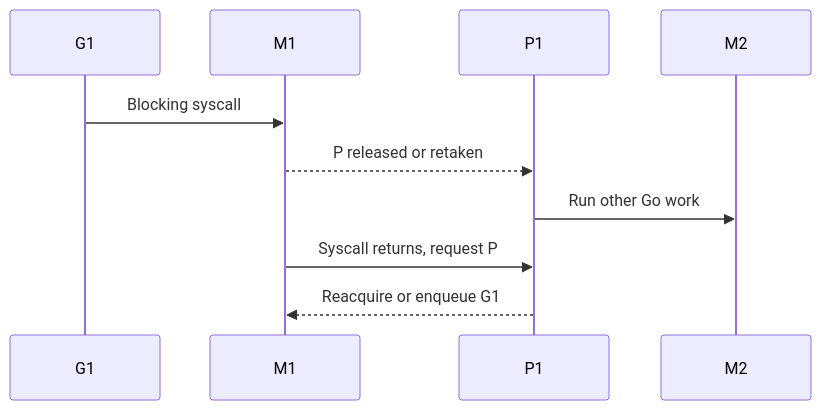
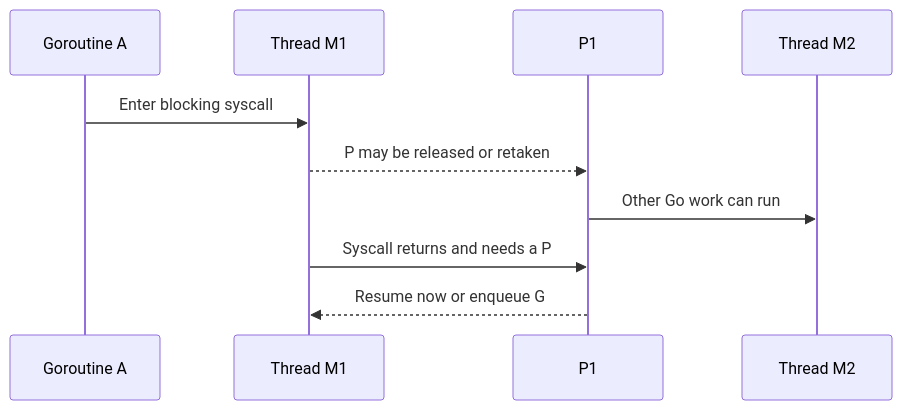
Before and after one commit to HuyNguyen-FinX/Try_Hard: the second of 2 diagrams in golang/03-goroutines-scheduler/scheduler-gmp.md, drawn with Mermaid. The commit also changed other lines of this file and 241 other files, not shown here.

````diff
--- a/golang/03-goroutines-scheduler/scheduler-gmp.md
+++ b/golang/03-goroutines-scheduler/scheduler-gmp.md
@@ -41,12 +52,12 @@
 ```mermaid
 sequenceDiagram
-    participant G as G1
-    participant M as M1
+    participant G as Goroutine A
+    participant M as Thread M1
     participant P as P1
-    participant W as M2
-    G->>M: Blocking syscall
-    M-->>P: P released or retaken
-    P->>W: Run other Go work
-    M->>P: Syscall returns, request P
-    P-->>M: Reacquire or enqueue G1
+    participant N as Thread M2
+    G->>M: Enter blocking syscall
+    M-->>P: P may be released or retaken
+    P->>N: Other Go work can run
+    M->>P: Syscall returns and needs a P
+    P-->>M: Resume now or enqueue G
 ```
````
